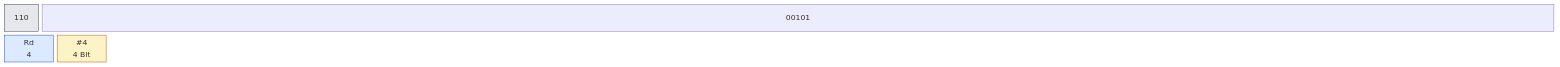
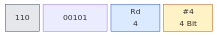
One commit to olfp/Deep16 changed the tenth of 32 diagrams in book/kap03.md. Above: the diagram before and after it, drawn with Mermaid. The commit also changed other lines of this file and 1 other file, not shown here.

Commit message:
book(kap03): alle 32 Befehlsdiagramme auf 31-Spalten-Layout normiert

````diff
--- a/book/kap03.md
+++ b/book/kap03.md
@@ -382,17 +382,17 @@
 ```mermaid
 block-beta
   columns 31
   classDef op fill:#e5e7eb,stroke:#374151
   classDef reg fill:#dbeafe,stroke:#1d4ed8
   classDef imm fill:#fef3c7,stroke:#b45309
   classDef off fill:#dcfce7,stroke:#15803d
   classDef seg fill:#ede9fe,stroke:#6d28d9
   classDef all fill:#fee2e2,stroke:#b91c1c
   b0["110"]:5
-  b1["00101"]:201
+  b1["00101"]:9
   b2["Rd<br/>4"]:7
   b3["#4<br/>4 Bit"]:7
   class b0 b1 op
   class b2 reg
   class b3 imm
 ```
````
